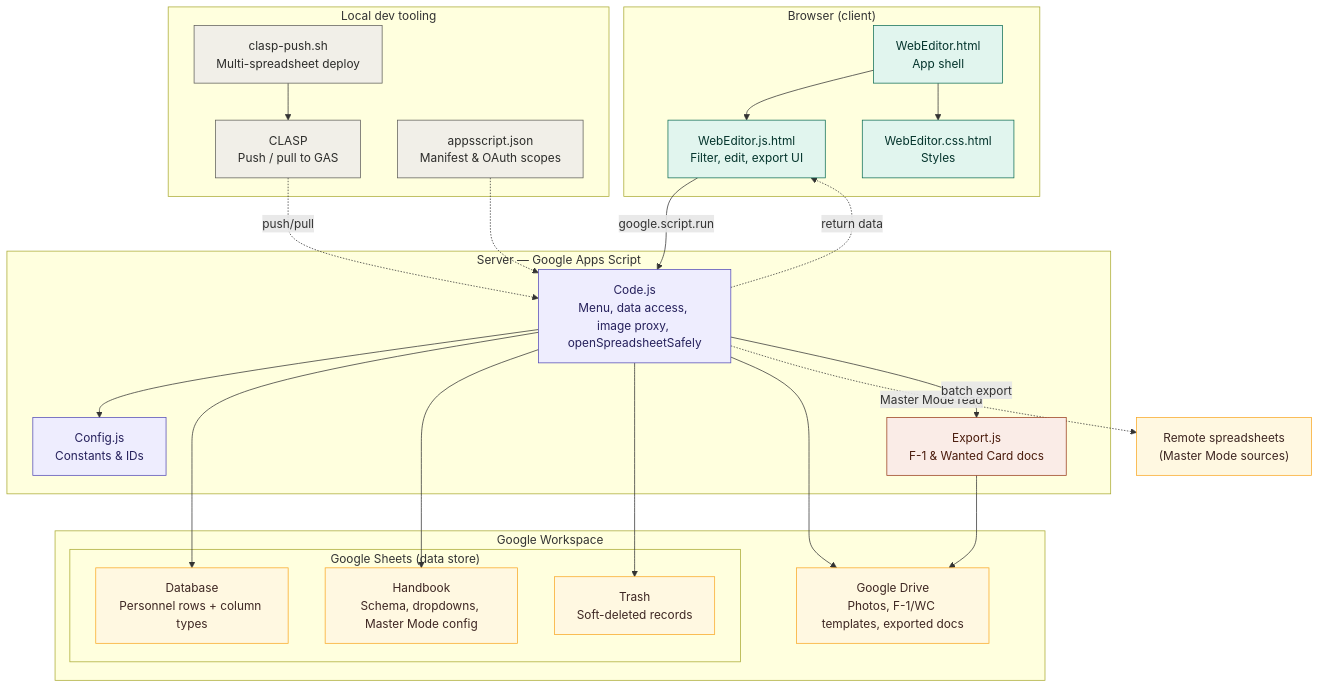
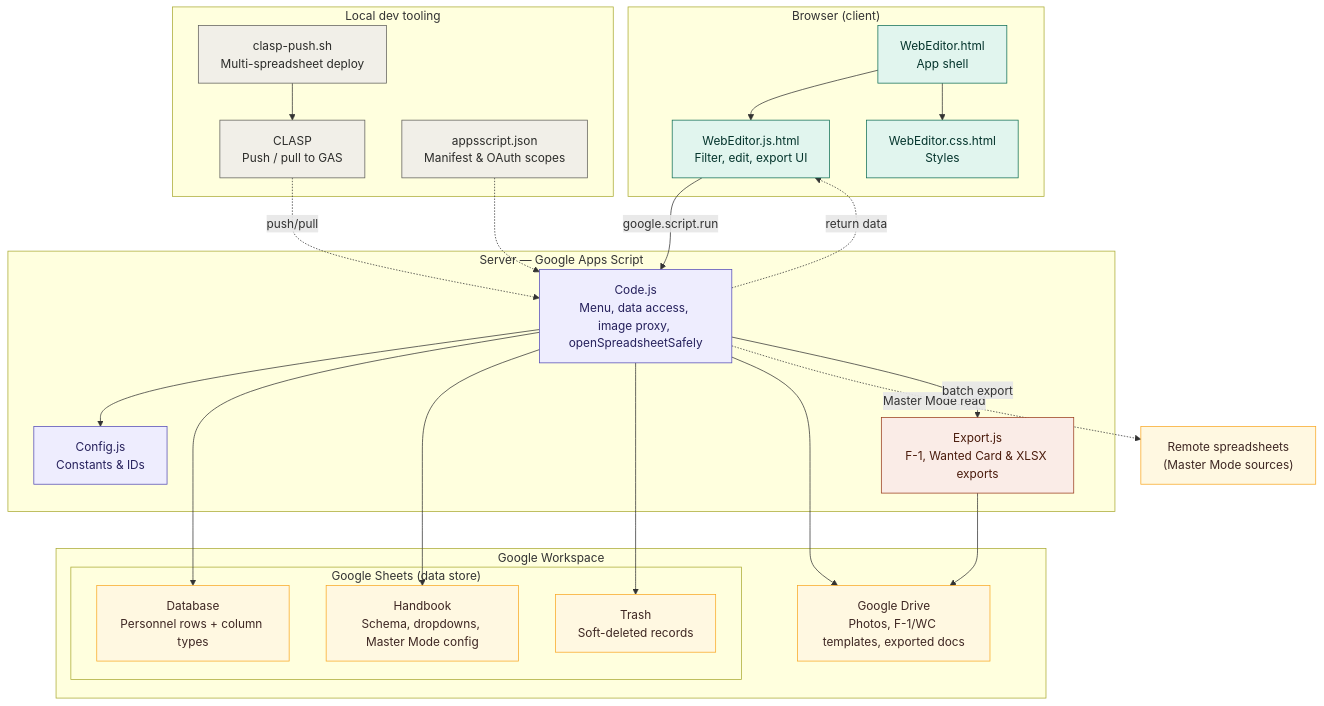
The diagram in README.md (oleksiisedun/personnel-database), drawn with Mermaid before and after one commit. The commit also changed other lines of this file and 7 other files, not shown here.

First line of the commit message:
Add Export XLSX export feature

````diff
--- a/README.md
+++ b/README.md
@@ -9,60 +9,60 @@
 ```mermaid
 flowchart TD
     subgraph client["Browser (client)"]
         html["WebEditor.html<br/>App shell"]
         js["WebEditor.js.html<br/>Filter, edit, export UI"]
         css["WebEditor.css.html<br/>Styles"]
         html --> js
         html --> css
     end
 
     subgraph server["Server — Google Apps Script"]
         config["Config.js<br/>Constants & IDs"]
         code["Code.js<br/>Menu, data access, image proxy, openSpreadsheetSafely"]
-        export["Export.js<br/>F-1 & Wanted Card docs"]
+        export["Export.js<br/>F-1, Wanted Card & XLSX exports"]
     end
 
     subgraph workspace["Google Workspace"]
         subgraph sheets["Google Sheets (data store)"]
             database["Database<br/>Personnel rows + column types"]
             handbook["Handbook<br/>Schema, dropdowns, Master Mode config"]
             trash["Trash<br/>Soft-deleted records"]
         end
         drive["Google Drive<br/>Photos, F-1/WC templates, exported docs"]
     end
 
     remote["Remote spreadsheets<br/>(Master Mode sources)"]
 
     subgraph devtools["Local dev tooling"]
         clasp["CLASP<br/>Push / pull to GAS"]
         claspPush["clasp-push.sh<br/>Multi-spreadsheet deploy"]
         manifest["appsscript.json<br/>Manifest & OAuth scopes"]
     end
 
     js -- "google.script.run" --> code
     code -. return data .-> js
     code --> config
     code --> database
     code --> handbook
     code --> trash
     code --> drive
     code -. "Master Mode read" .-> remote
     code -- "batch export" --> export
     export --> drive
 
     clasp -.->|push/pull| code
     claspPush --> clasp
     manifest -.-> code
 
     classDef code   fill:#EEEDFE,stroke:#534AB7,color:#26215C
     classDef client fill:#E1F5EE,stroke:#0F6E56,color:#04342C
     classDef store  fill:#FFF8E1,stroke:#F9A825,color:#3E2723
     classDef export fill:#FAECE7,stroke:#993C1D,color:#4A1B0C
     classDef devtools fill:#F1EFE8,stroke:#5F5E5A,color:#2C2C2A
 
     class html,js,css client
     class config,code code
     class database,handbook,trash,drive,remote store
     class export export
     class clasp,claspPush,manifest devtools
 ```
````
